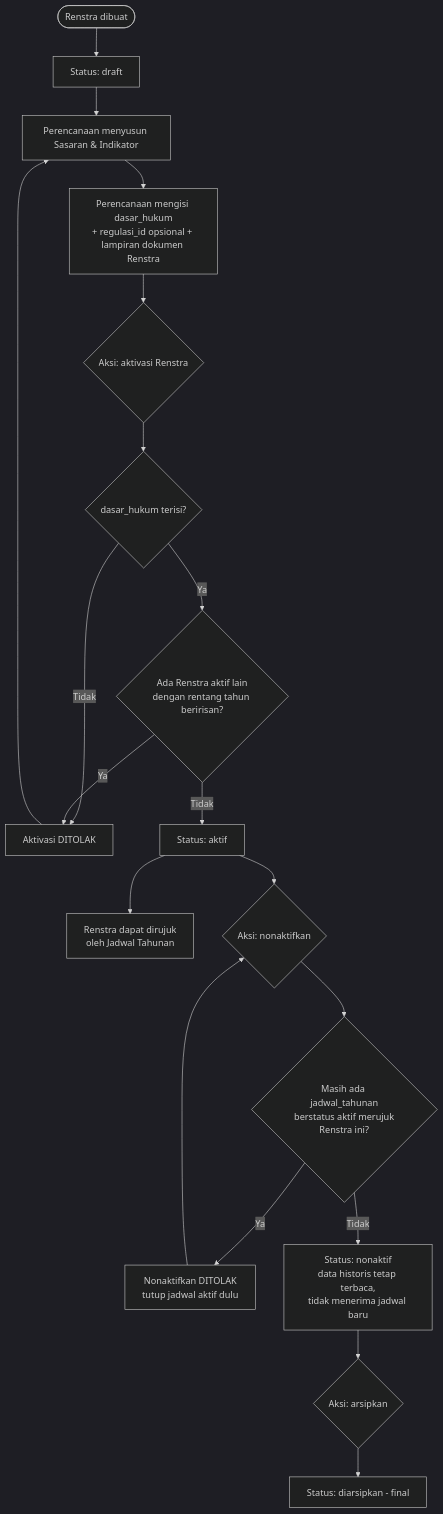
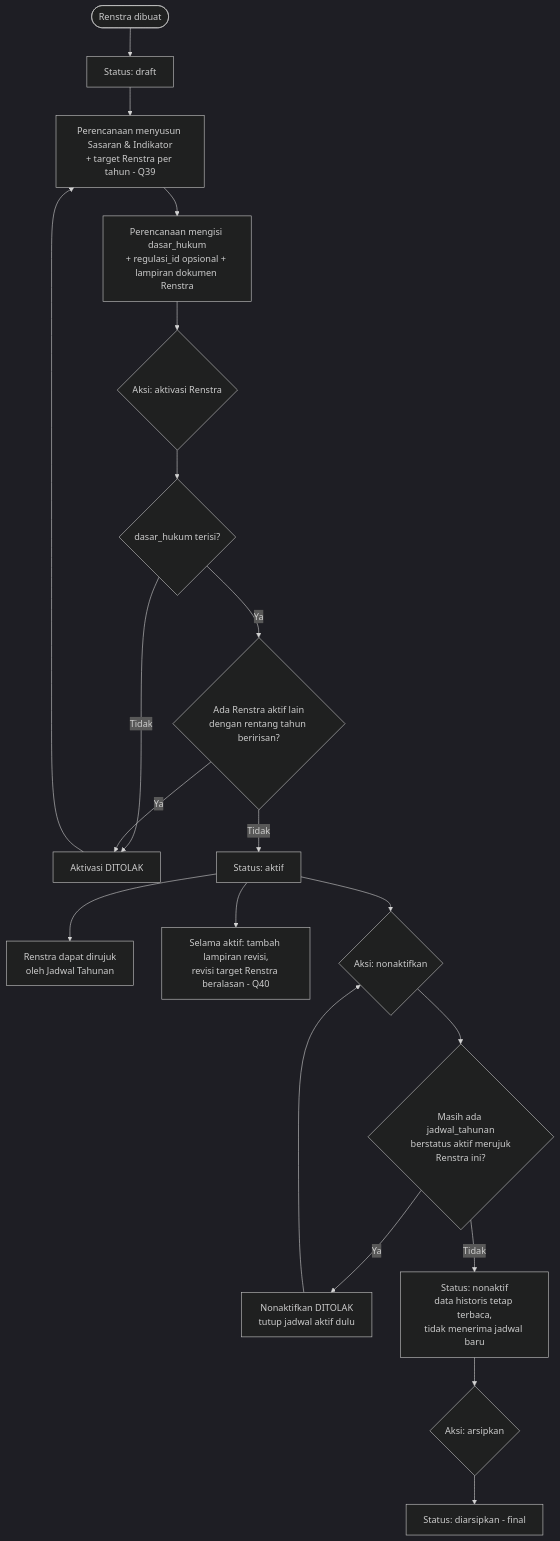
Before and after one commit to LLDIKTI-XVI-TEAM/SAKIP: the second of 21 diagrams in document/SAKIP - Workflow.md, drawn with Mermaid (dark theme). The commit also changed other lines of this file and 1 other file, not shown here.

````diff
--- a/document/SAKIP - Workflow.md
+++ b/document/SAKIP - Workflow.md
@@ -243,21 +334,22 @@
 ```mermaid
 flowchart TD
     A([Renstra dibuat]) --> B[Status: draft]
-    B --> C[Perencanaan menyusun Sasaran & Indikator]
+    B --> C[Perencanaan menyusun Sasaran & Indikator\n+ target Renstra per tahun - Q39]
     C --> D[Perencanaan mengisi dasar_hukum\n+ regulasi_id opsional + lampiran dokumen Renstra]
     D --> E{Aksi: aktivasi Renstra}
     E --> F{dasar_hukum terisi?}
     F -- Tidak --> G[Aktivasi DITOLAK]
     F -- Ya --> H{Ada Renstra aktif lain\ndengan rentang tahun beririsan?}
     H -- Ya --> G
     H -- Tidak --> I[Status: aktif]
     G --> C
     I --> J[Renstra dapat dirujuk\noleh Jadwal Tahunan]
+    I --> I2[Selama aktif: tambah lampiran revisi,\nrevisi target Renstra beralasan - Q40]
     I --> K{Aksi: nonaktifkan}
     K --> K2{Masih ada jadwal_tahunan\nberstatus aktif merujuk\nRenstra ini?}
     K2 -- Ya --> K3[Nonaktifkan DITOLAK\ntutup jadwal aktif dulu]
     K3 --> K
     K2 -- Tidak --> L[Status: nonaktif\ndata historis tetap terbaca,\ntidak menerima jadwal baru]
     L --> M{Aksi: arsipkan}
     M --> N[Status: diarsipkan - final]
 ```
````
